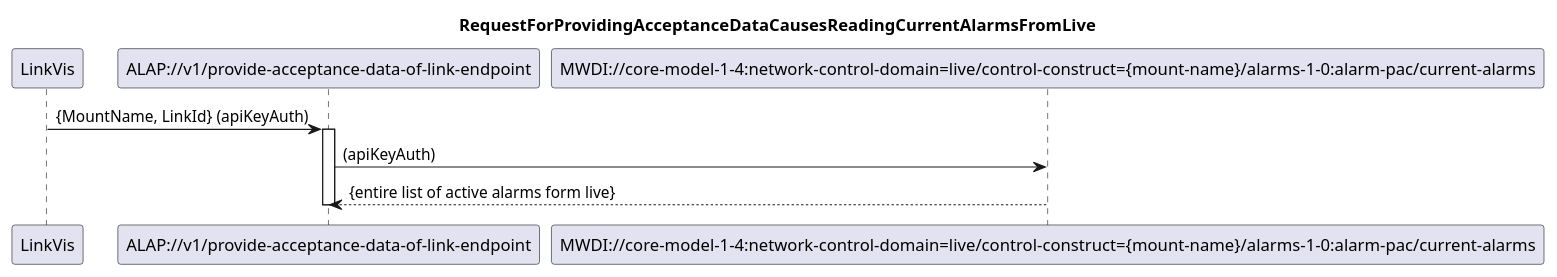
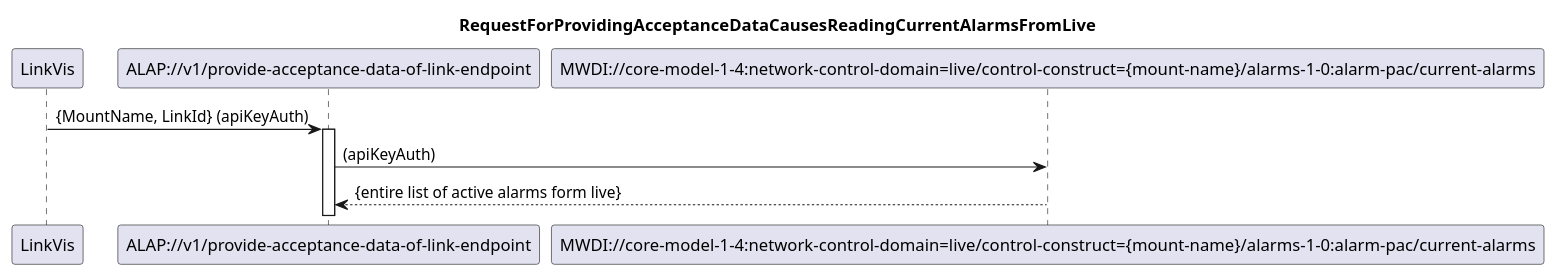
The diagram in spec/diagrams/120_ReadingCurrentAlarmsFromLive.plantuml (openBackhaul/AccessPlanningToolProxy), drawn with PlantUML before and after one commit. The commit also changed 6 other files, not shown here.

```diff
--- a/spec/diagrams/120_ReadingCurrentAlarmsFromLive.plantuml
+++ b/spec/diagrams/120_ReadingCurrentAlarmsFromLive.plantuml
@@ -1,20 +1,18 @@
 @startuml 120_ReadingCurrentAlarmsFromLive
 skinparam responseMessageBelowArrow true
 
 title
 RequestForProvidingAcceptanceDataCausesReadingCurrentAlarmsFromLive
 end title
 
 participant "LinkVis" as LinkVis
 participant "ALAP://v1/provide-acceptance-data-of-link-endpoint" as ALAP
 participant "MWDI://core-model-1-4:network-control-domain=live/control-construct={mount-name}/alarms-1-0:alarm-pac/current-alarms" as CurrentAlarms
 
 LinkVis -> ALAP: {MountName, LinkId} (apiKeyAuth)
 activate ALAP
 
 ALAP -> CurrentAlarms: (apiKeyAuth)
 CurrentAlarms --> ALAP: {entire list of active alarms form live}
 
-deactivate ALAP
-
 @enduml
```
